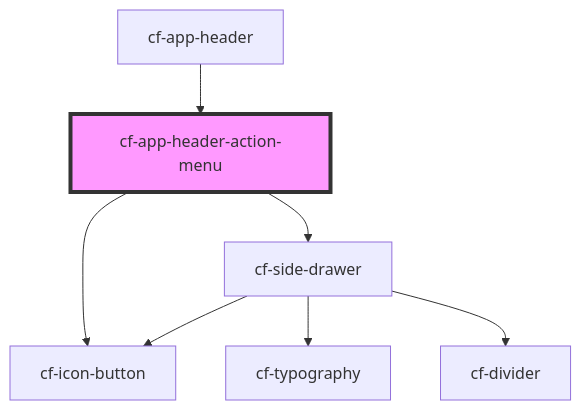
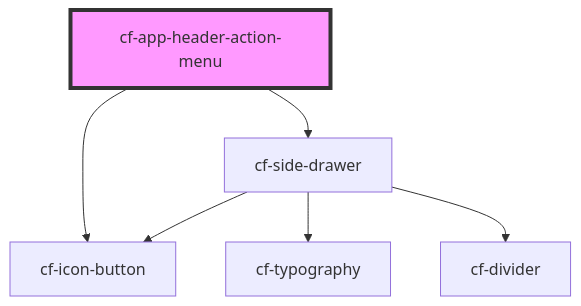
Before and after one commit to DriLLFreAK100/codefee-component: the diagram in src/components/cf-app-header/cf-app-header-action-menu/readme.md, drawn with Mermaid. The commit also changed other lines of this file and 10 other files, not shown here.

Commit message:
feat(app-header): deconstruct child components

````diff
--- a/src/components/cf-app-header/cf-app-header-action-menu/readme.md
+++ b/src/components/cf-app-header/cf-app-header-action-menu/readme.md
@@ -27,10 +24,9 @@
 ```mermaid
 graph TD;
   cf-app-header-action-menu --> cf-icon-button
   cf-app-header-action-menu --> cf-side-drawer
   cf-side-drawer --> cf-typography
   cf-side-drawer --> cf-icon-button
   cf-side-drawer --> cf-divider
-  cf-app-header --> cf-app-header-action-menu
   style cf-app-header-action-menu fill:#f9f,stroke:#333,stroke-width:4px
 ```
````
